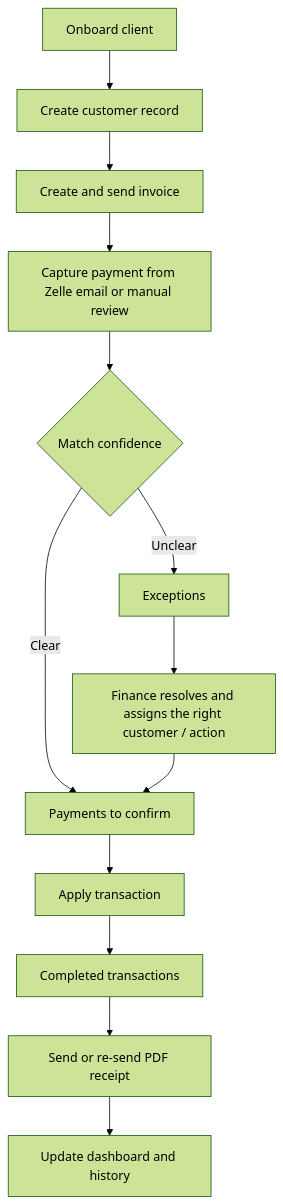
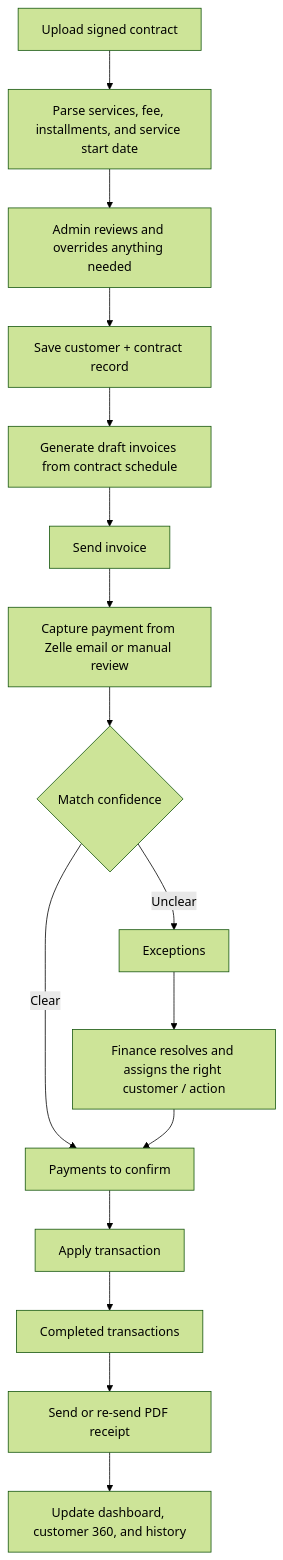
One commit to dlk710/setu-finance changed the diagram in README.md. Above: the diagram before and after it, drawn with Mermaid (forest theme). The commit also changed other lines of this file and 20 other files, not shown here.

````diff
--- a/README.md
+++ b/README.md
@@ -16,15 +18,18 @@
 ```mermaid
 flowchart TD
-    A["Onboard client"] --> B["Create customer record"]
-    B --> C["Create and send invoice"]
-    C --> D["Capture payment from Zelle email or manual review"]
-    D --> E{"Match confidence"}
-    E -->|"Clear"| F["Payments to confirm"]
-    E -->|"Unclear"| G["Exceptions"]
-    G --> H["Finance resolves and assigns the right customer / action"]
-    H --> F
-    F --> I["Apply transaction"]
-    I --> J["Completed transactions"]
-    J --> K["Send or re-send PDF receipt"]
-    K --> L["Update dashboard and history"]
+    A["Upload signed contract"] --> B["Parse services, fee, installments, and service start date"]
+    B --> C["Admin reviews and overrides anything needed"]
+    C --> D["Save customer + contract record"]
+    D --> E["Generate draft invoices from contract schedule"]
+    E --> F["Send invoice"]
+    F --> G["Capture payment from Zelle email or manual review"]
+    G --> H{"Match confidence"}
+    H -->|"Clear"| I["Payments to confirm"]
+    H -->|"Unclear"| J["Exceptions"]
+    J --> K["Finance resolves and assigns the right customer / action"]
+    K --> I
+    I --> L["Apply transaction"]
+    L --> M["Completed transactions"]
+    M --> N["Send or re-send PDF receipt"]
+    N --> O["Update dashboard, customer 360, and history"]
 ```
````
